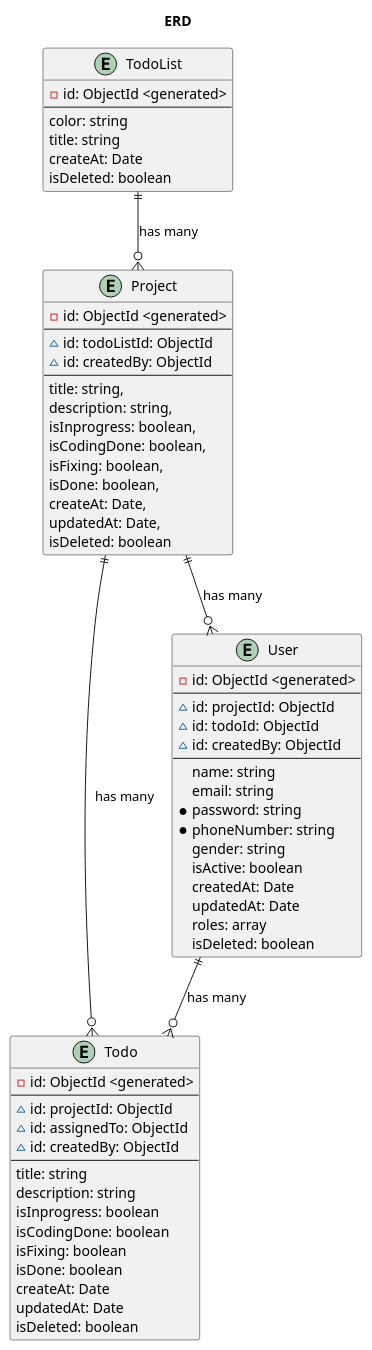
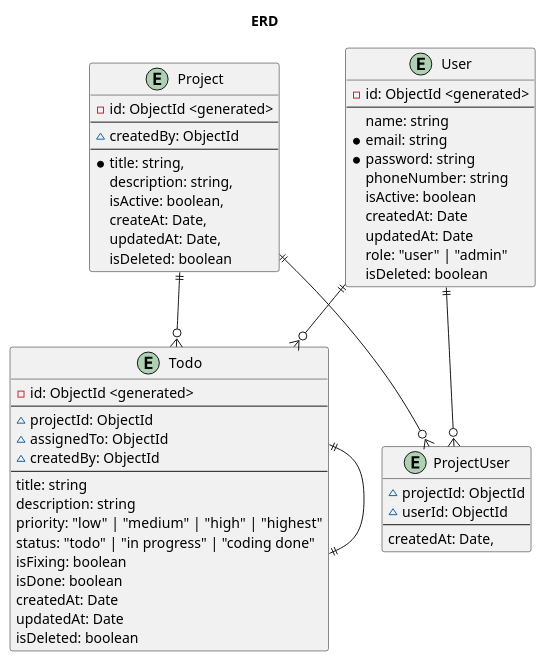
Before and after one commit to taint3110/LB4_Tutorial: the diagram in lb-4-tutorial/docs/enityRelationship/ERD.puml, drawn with PlantUML. The commit also changed 1 other file, not shown here.

Commit message:
update ERD

```diff
--- a/lb-4-tutorial/docs/enityRelationship/ERD.puml
+++ b/lb-4-tutorial/docs/enityRelationship/ERD.puml
@@ -1,74 +1,63 @@
 @startuml Application use cases diagram
 skinparam actorStyle awesome
 title ERD
 
-
-entity TodoList{
-  -id: ObjectId <generated>
-  --
-  color: string
-  title: string
-  createAt: Date
-  isDeleted: boolean
-}
-
 entity Todo{
   -id: ObjectId <generated>
   --
-  ~id: projectId: ObjectId
-  ~id: assignedTo: ObjectId
-  ~id: createdBy: ObjectId
+  ~projectId: ObjectId
+  ~assignedTo: ObjectId
+  ~createdBy: ObjectId
   --
   title: string
   description: string
-  isInprogress: boolean
-  isCodingDone: boolean
+  priority: "low" |  "medium" | "high" | "highest"
+  status: "todo" | "in progress" | "coding done"
   isFixing: boolean
   isDone: boolean
-  createAt: Date
+  createdAt: Date
   updatedAt: Date
   isDeleted: boolean
 }
 
 entity Project {
   -id: ObjectId <generated>
   --
-  ~id: todoListId: ObjectId
-  ~id: createdBy: ObjectId
+  ~createdBy: ObjectId
   --
-  title: string,
+  *title: string,
   description: string,
-  isInprogress: boolean,
-  isCodingDone: boolean,
-  isFixing: boolean,
-  isDone: boolean,
+  isActive: boolean,
   createAt: Date,
   updatedAt: Date,
   isDeleted: boolean
 }
 
 entity User {
   -id: ObjectId <generated>
   --
-  ~id: projectId: ObjectId
-  ~id: todoId: ObjectId
-  ~id: createdBy: ObjectId
-  --
   name: string
-  email: string
+  *email: string
   *password: string
-  *phoneNumber: string
-  gender: string
+  phoneNumber: string
   isActive: boolean
   createdAt: Date
   updatedAt: Date
-  roles: array
+  role: "user" | "admin"
   isDeleted: boolean
 }
 
-TodoList ||--o{ Project: has many
-Project ||--o{ User: has many
-Project ||--o{ Todo: has many
-User ||--o{ Todo: has many
+entity ProjectUser {
+  ~projectId: ObjectId
+  ~userId: ObjectId
+  --
+  createdAt: Date,
+}
+
+Project ||--o{ Todo
+Project ||--o{ ProjectUser
+User ||--o{ ProjectUser
+User ||--o{ Todo
+Todo ||--|| Todo
 
 @enduml
```
